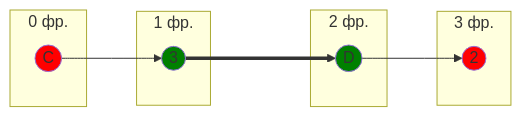
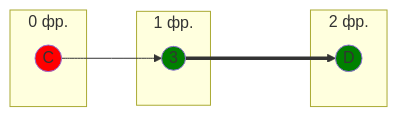
One commit to algos-ris-24-4/manual-tasks changed the third of 7 diagrams in Задание 8/crani.md. Above: the diagram before and after it, drawn with Mermaid. The commit also changed other lines of this file, not shown here.

````diff
--- a/Задание 8/crani.md
+++ b/Задание 8/crani.md
@@ -120,21 +119,17 @@
 ```mermaid
 graph LR
     subgraph "0 фр."
         C((C))
     end
     subgraph "1 фр."
         3((3))
     end
     subgraph "2 фр."
         D((D))
     end
-    subgraph "3 фр."
-        2((2))
-    end
-    C --> 3 ===> D --> 2
+    C --> 3 ===> D
 
     style C fill:#FF0000
     style D fill:#008000
     style 3 fill:#008000
-    style 2 fill:#FF0000
 ```
````
